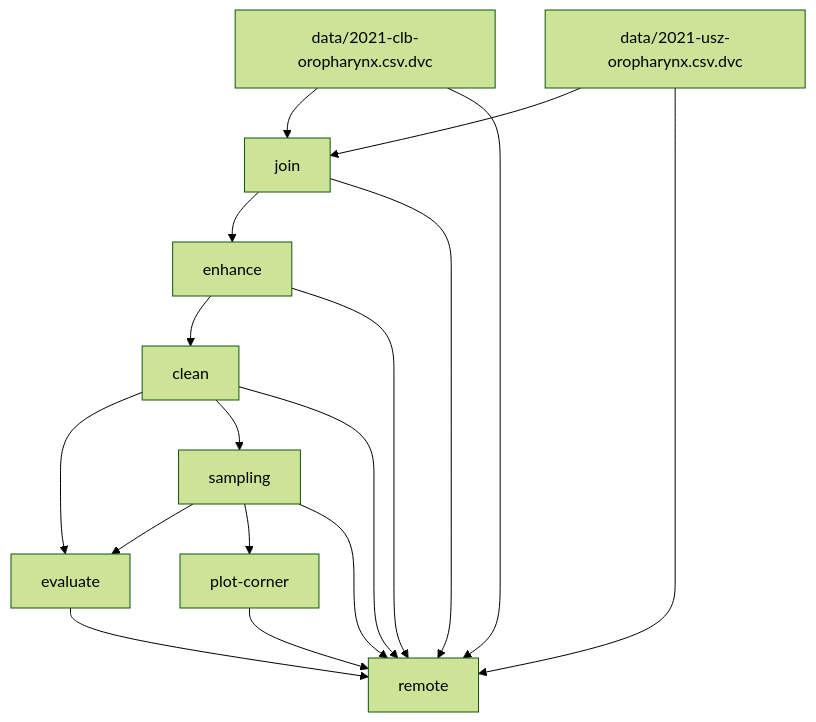
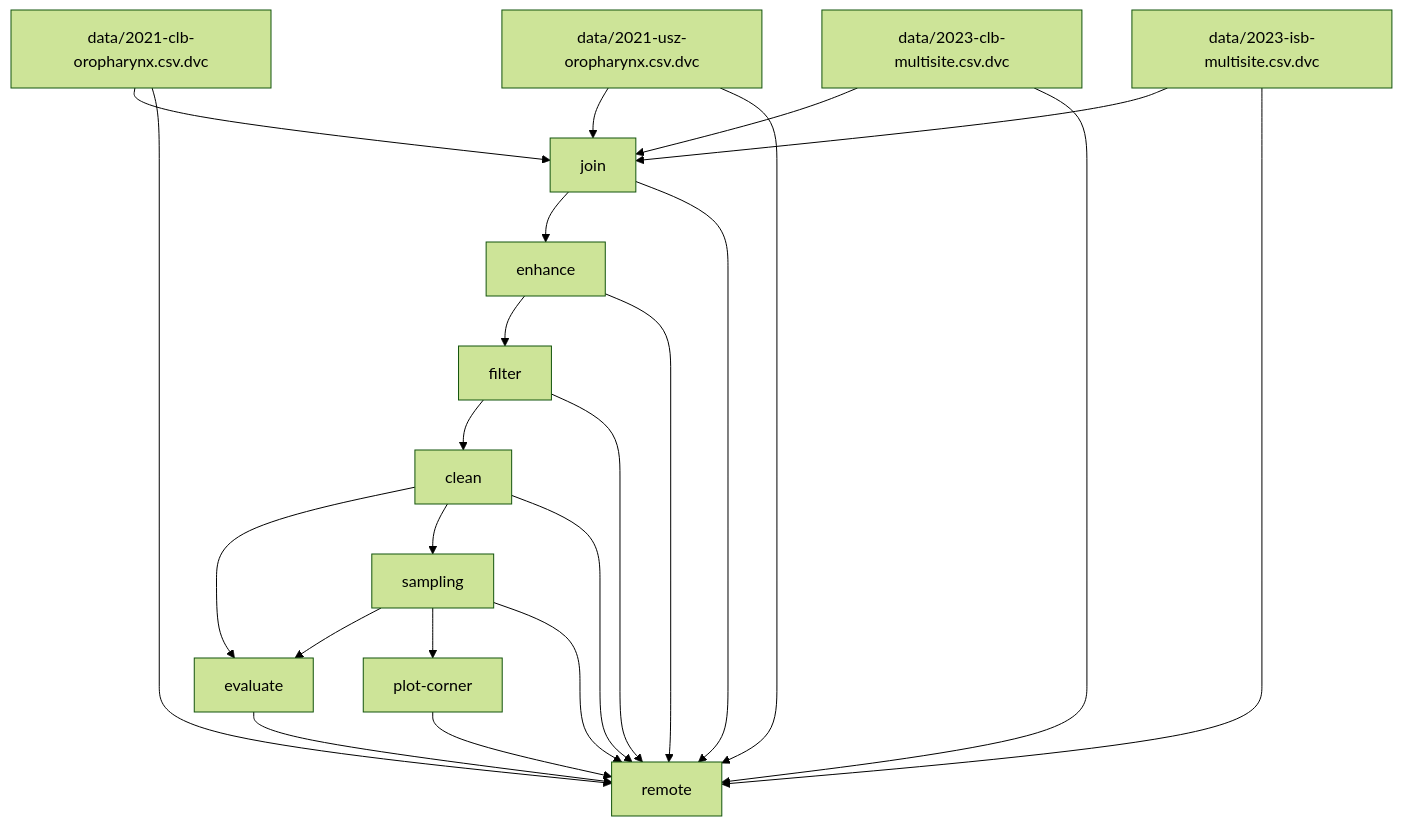
One commit to rmnldwg/lynference changed the diagram in README.md. Above: the diagram before and after it, drawn with Mermaid (forest theme). The commit also changed 6 other files, not shown here.

Commit message:
run: same as v1, but with ISB and 2nd CLB datasets

````diff
--- a/README.md
+++ b/README.md
@@ -3,28 +3,37 @@
 ```mermaid
 flowchart TD
 node1["data/2021-clb-oropharynx.csv.dvc"]
 node2["data/2021-usz-oropharynx.csv.dvc"]
-node3["clean"]
-node4["enhance"]
-node5["evaluate"]
-node6["join"]
-node7["plot-corner"]
-node8["sampling"]
-node9["remote"]
-node1-->node6
+node3["data/2023-clb-multisite.csv.dvc"]
+node4["data/2023-isb-multisite.csv.dvc"]
+node5["clean"]
+node6["enhance"]
+node7["evaluate"]
+node8["filter"]
+node9["join"]
+node10["plot-corner"]
+node11["sampling"]
+node12["remote"]
 node1-->node9
-node2-->node6
+node1-->node12
 node2-->node9
-node3-->node5
-node3-->node8
+node2-->node12
 node3-->node9
-node4-->node3
+node3-->node12
 node4-->node9
-node5-->node9
-node6-->node4
-node6-->node9
-node7-->node9
+node4-->node12
+node5-->node7
+node5-->node11
+node5-->node12
+node6-->node8
+node6-->node12
+node7-->node12
 node8-->node5
-node8-->node7
-node8-->node9
+node8-->node12
+node9-->node6
+node9-->node12
+node10-->node12
+node11-->node7
+node11-->node10
+node11-->node12
 ```
````
